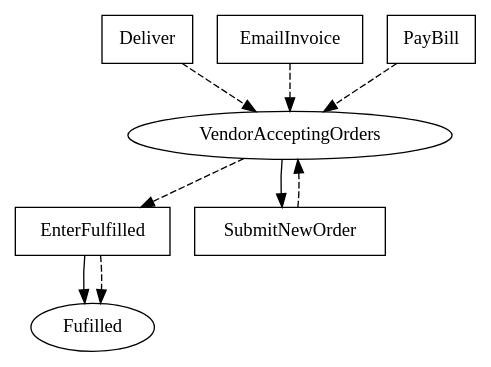
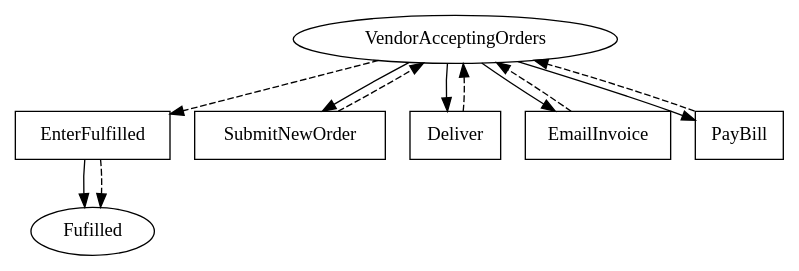
Before and after one commit to Marcao02/complaw-deeptech: the diagram in linear_state_machine_language/pyL4/examples/out_graphviz/from_academic_lit/hvitved_master_sales_agreement_full_with_ids_and_obligation_objects.dot, drawn with Graphviz. The commit also changed 20 other files, not shown here.

```diff
--- a/linear_state_machine_language/pyL4/examples/out_graphviz/from_academic_lit/hvitved_master_sales_agreement_full_with_ids_and_obligation_objects.dot
+++ b/linear_state_machine_language/pyL4/examples/out_graphviz/from_academic_lit/hvitved_master_sales_agreement_full_with_ids_and_obligation_objects.dot
@@ -1,27 +1,30 @@
 // THIS IS A GENERATED FILE. DO NOT EDIT.
 
 digraph Master_Sales_Agreement {    
     Fulfilled[label=Fufilled];
     VendorAcceptingOrders[label=VendorAcceptingOrders]
     
     EnterFulfilled[label=EnterFufilled,shape=box]; 
     SubmitNewOrder[label=SubmitNewOrder,shape=box];
 	Deliver[label=Deliver,shape=box];
 	EmailInvoice[label=EmailInvoice,shape=box];
 	PayBill[label=PayBill,shape=box];
 	EnterFulfilled[label=EnterFulfilled,shape=box]    
     
     EnterFulfilled -> Fulfilled;
     
     VendorAcceptingOrders -> SubmitNewOrder;
-	VendorAcceptingOrders -> EnterFulfilled [style=dashed]
+	VendorAcceptingOrders -> EnterFulfilled [style=dashed];
+	VendorAcceptingOrders -> EmailInvoice;
+	VendorAcceptingOrders -> PayBill;
+	VendorAcceptingOrders -> Deliver
     
     SubmitNewOrder -> VendorAcceptingOrders [style=dashed];
 	Deliver -> VendorAcceptingOrders [style=dashed];
 	EmailInvoice -> VendorAcceptingOrders [style=dashed];
 	PayBill -> VendorAcceptingOrders [style=dashed];
 	EnterFulfilled -> Fulfilled [style=dashed];
 	     
     
        
 }
```
